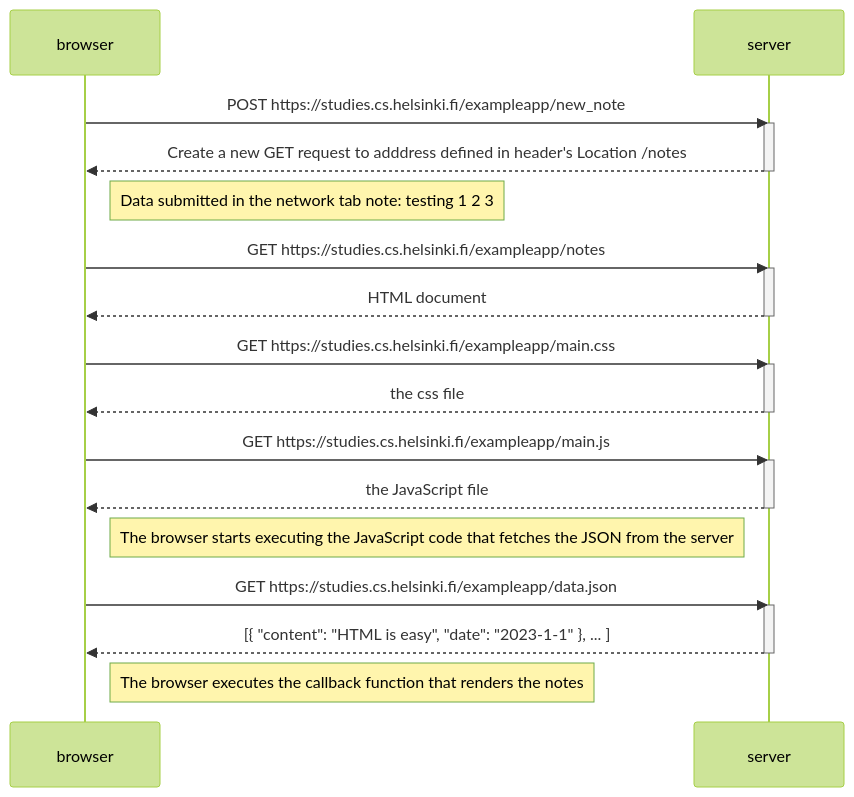
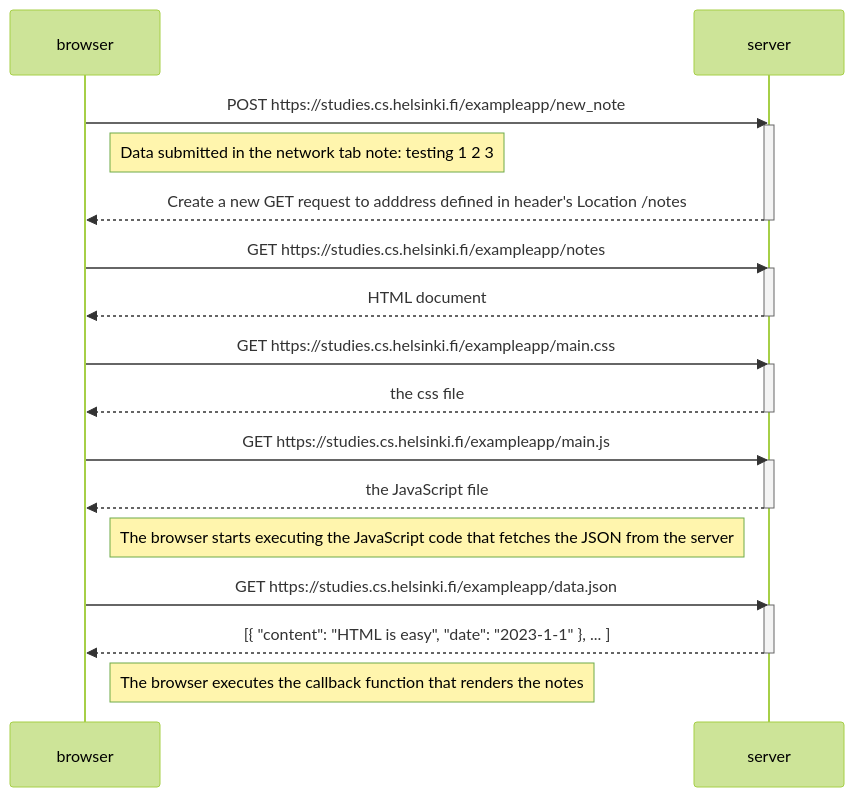
One commit to kdub8/Full-Stack-Web-Development-FSO-Part-0 changed the diagram in 04.md. Above: the diagram before and after it, drawn with Mermaid (forest theme).

Commit message:
more changes

````diff
--- a/04.md
+++ b/04.md
@@ -3,39 +3,40 @@
 ```mermaid
 
 sequenceDiagram
     participant browser
     participant server
 
     browser->>server: POST https://studies.cs.helsinki.fi/exampleapp/new_note
     activate server
+
+    Note right of browser: Data submitted in the network tab note: testing 1 2 3
+
     server-->>browser: Create a new GET request to adddress defined in header's Location /notes
     deactivate server
-
-    Note right of browser: Data submitted in the network tab note: testing 1 2 3
 
     browser->>server: GET https://studies.cs.helsinki.fi/exampleapp/notes
     activate server
     server-->>browser: HTML document
     deactivate server
 
     browser->>server: GET https://studies.cs.helsinki.fi/exampleapp/main.css
     activate server
     server-->>browser: the css file
     deactivate server
 
     browser->>server: GET https://studies.cs.helsinki.fi/exampleapp/main.js
     activate server
     server-->>browser: the JavaScript file
     deactivate server
 
     Note right of browser: The browser starts executing the JavaScript code that fetches the JSON from the server
 
     browser->>server: GET https://studies.cs.helsinki.fi/exampleapp/data.json
     activate server
     server-->>browser: [{ "content": "HTML is easy", "date": "2023-1-1" }, ... ]
     deactivate server
 
     Note right of browser: The browser executes the callback function that renders the notes
 
 
 ```
````
